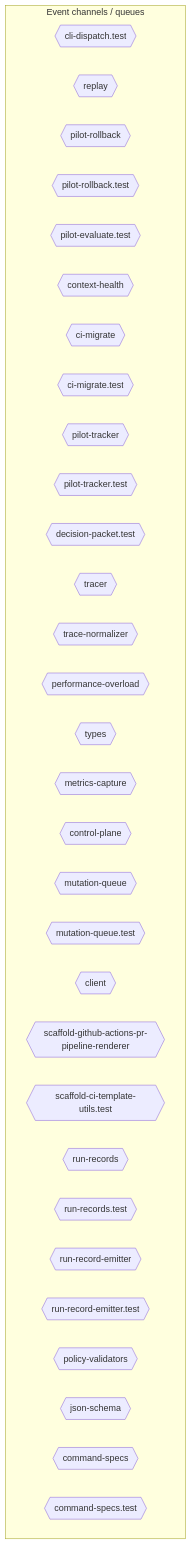
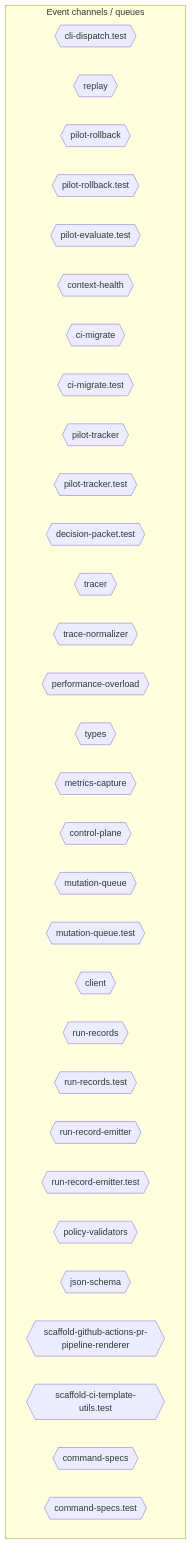
The sixth of 10 diagrams in AI/context/diagram-context.md (jscraik/coding-harness), drawn with Mermaid before and after one commit. The commit also changed other lines of this file, not shown here.

First line of the commit message:
chore(diagrams): refresh architecture context artifacts

````diff
--- a/AI/context/diagram-context.md
+++ b/AI/context/diagram-context.md
@@ -2071,37 +2077,37 @@
 ```mermaid
 flowchart TD
   subgraph Channels["Event channels / queues"]
     cli_dispatch_test_54c9f17b{{"cli-dispatch.test"}}
     replay_ac203c98{{"replay"}}
     pilot_rollback_00c1f82c{{"pilot-rollback"}}
     pilot_rollback_test_e61d5a2b{{"pilot-rollback.test"}}
     pilot_evaluate_test_a2ac06fc{{"pilot-evaluate.test"}}
     context_health_80bb7da9{{"context-health"}}
     ci_migrate_78bb70b1{{"ci-migrate"}}
     ci_migrate_test_2a015bb9{{"ci-migrate.test"}}
     pilot_tracker_5c767813{{"pilot-tracker"}}
     pilot_tracker_test_80398a66{{"pilot-tracker.test"}}
     decision_packet_test_9ea0e97b{{"decision-packet.test"}}
     tracer_1e6243a2{{"tracer"}}
     trace_normalizer_cb1be1d2{{"trace-normalizer"}}
     performance_overload_c685bfcf{{"performance-overload"}}
-    types_10_75e5a4a0{{"types"}}
+    types_9_1db4641f{{"types"}}
     metrics_capture_1d1a2c08{{"metrics-capture"}}
     control_plane_96826665{{"control-plane"}}
     mutation_queue_ce5a530e{{"mutation-queue"}}
     mutation_queue_test_10b599e8{{"mutation-queue.test"}}
     client_1_914e1681{{"client"}}
-    scaffold_github_actions_pr_pipeline_renderer_1ee18de5{{"scaffold-github-actions-pr-pipeline-renderer"}}
-    scaffold_ci_template_utils_test_b94825d9{{"scaffold-ci-template-utils.test"}}
     run_records_f616aa7c{{"run-records"}}
     run_records_test_3ee6a0e3{{"run-records.test"}}
     run_record_emitter_00168a3a{{"run-record-emitter"}}
     run_record_emitter_test_5475c0da{{"run-record-emitter.test"}}
     policy_validators_6682e192{{"policy-validators"}}
     json_schema_74a768d7{{"json-schema"}}
+    scaffold_github_actions_pr_pipeline_renderer_1ee18de5{{"scaffold-github-actions-pr-pipeline-renderer"}}
+    scaffold_ci_template_utils_test_b94825d9{{"scaffold-ci-template-utils.test"}}
     command_specs_69167c63{{"command-specs"}}
     command_specs_test_7f693e85{{"command-specs.test"}}
   end
   classDef eventNode fill:#db2777,color:#fff
 
 ```
````
